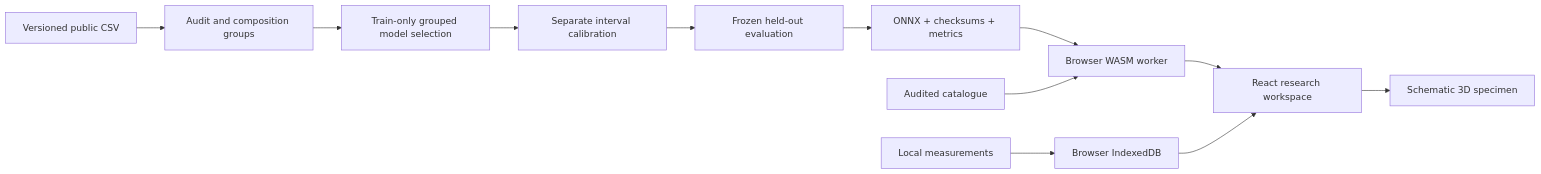
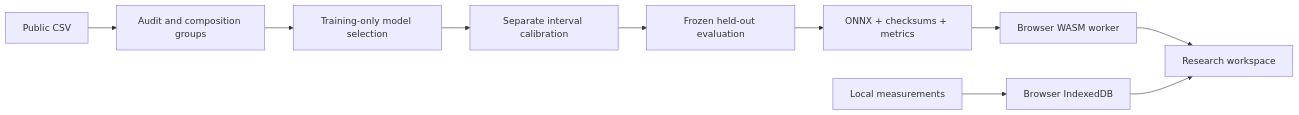
One commit to jaworskig00/materials-lab changed the diagram in README.md. Above: the diagram before and after it, drawn with Mermaid. The commit also changed other lines of this file and 23 other files, not shown here.

````diff
--- a/README.md
+++ b/README.md
@@ -63,14 +94,12 @@
 ```mermaid
 flowchart LR
-  Source[Versioned public CSV] --> Audit[Audit and composition groups]
-  Audit --> Train[Train-only grouped model selection]
+  Source[Public CSV] --> Audit[Audit and composition groups]
+  Audit --> Train[Training-only model selection]
   Train --> Cal[Separate interval calibration]
   Cal --> Test[Frozen held-out evaluation]
   Test --> Package[ONNX + checksums + metrics]
   Package --> Worker[Browser WASM worker]
-  Catalogue[Audited catalogue] --> Worker
-  Worker --> UI[React research workspace]
-  UI --> View[Schematic 3D specimen]
+  Worker --> UI[Research workspace]
   CSV[Local measurements] --> IDB[Browser IndexedDB]
   IDB --> UI
 ```
````
